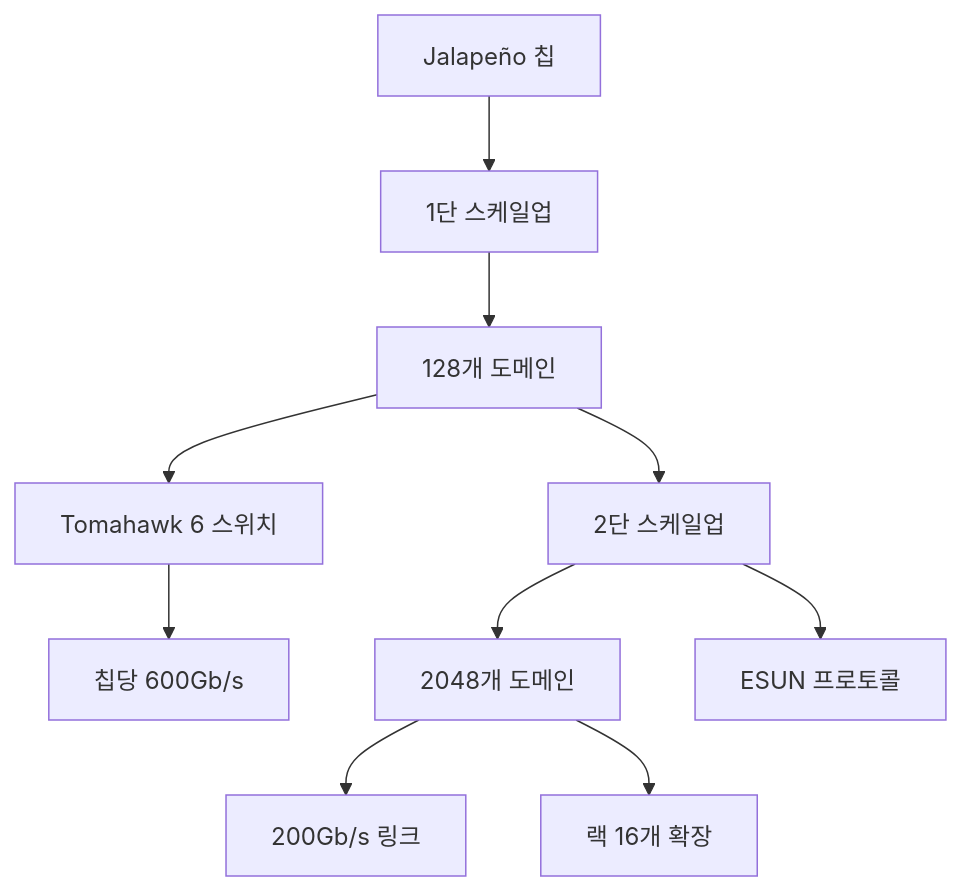
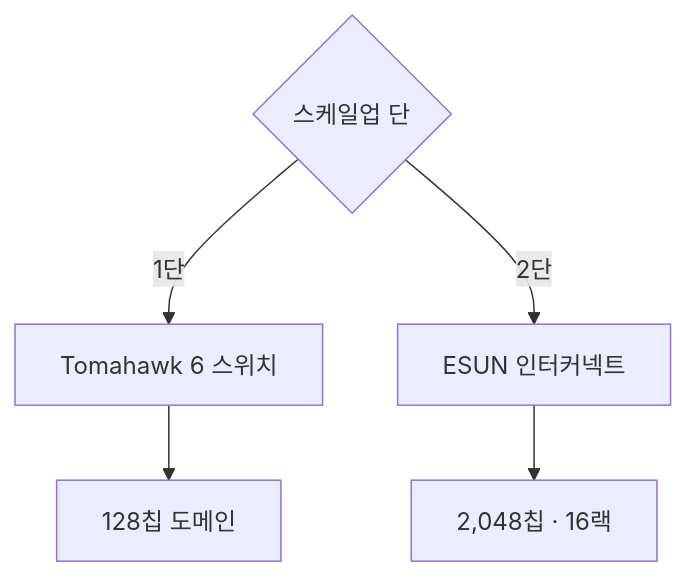
One commit to yohan4477/semi-report changed the sixth of 10 diagrams in insights/frames/exp/2026-08-27-openai-jalapeno-tech-opus.md. Above: the diagram before and after it, drawn with Mermaid. The commit also changed other lines of this file and 2 other files, not shown here.

````diff
--- a/insights/frames/exp/2026-08-27-openai-jalapeno-tech-opus.md
+++ b/insights/frames/exp/2026-08-27-openai-jalapeno-tech-opus.md
@@ -190,12 +166,8 @@
 ```mermaid
 flowchart TD
-    A["Jalapeño 칩"] --> B["1단 스케일업"]
-    B --> C["128개 도메인"]
-    C --> D["Tomahawk 6 스위치"]
-    D --> E["칩당 600Gb/s"]
-    C --> F["2단 스케일업"]
-    F --> G["2048개 도메인"]
-    G --> H["200Gb/s 링크"]
-    G --> I["랙 16개 확장"]
-    F --> J["ESUN 프로토콜"]
+    R{"스케일업 단"}
+    R -->|1단| A1["Tomahawk 6 스위치"]
+    A1 --> A2["128칩 도메인"]
+    R -->|2단| B1["ESUN 인터커넥트"]
+    B1 --> B2["2,048칩 · 16랙"]
 ```
````
